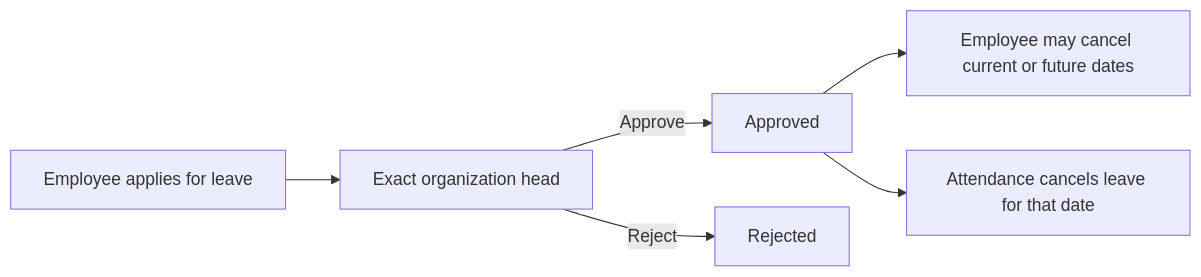
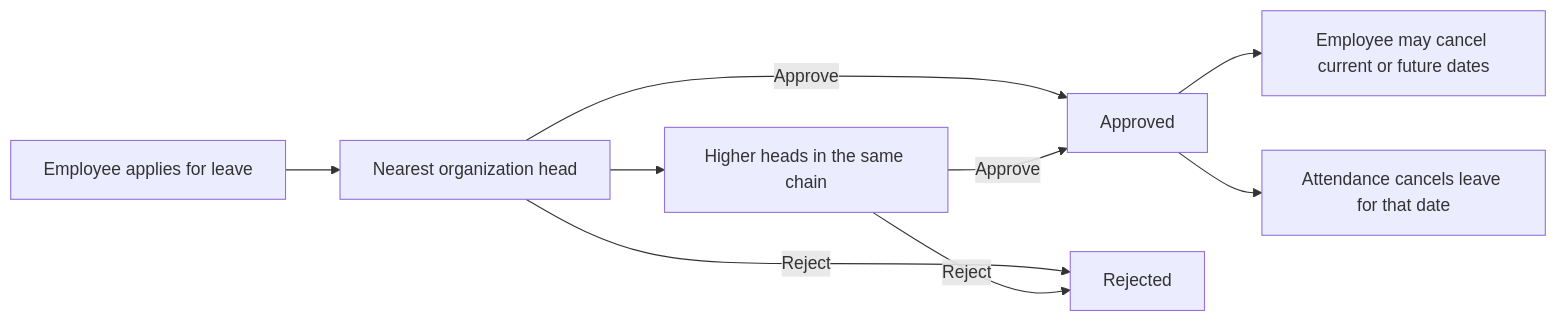
The second of 2 diagrams in docs/USER_GUIDE.md (Sameerreddy-ATD/Atd-Hrms), drawn with Mermaid before and after one commit. The commit also changed other lines of this file and 11 other files, not shown here.

First line of the commit message:
Allow chain-of-heads leave approval with clear balances and decision attribution.

````diff
--- a/docs/USER_GUIDE.md
+++ b/docs/USER_GUIDE.md
@@ -331,8 +333,11 @@
 ```mermaid
 flowchart LR
-  A["Employee applies for leave"] --> B["Exact organization head"]
+  A["Employee applies for leave"] --> B["Nearest organization head"]
+  B --> H["Higher heads in the same chain"]
   B -->|Approve| C["Approved"]
+  H -->|Approve| C
   B -->|Reject| R["Rejected"]
+  H -->|Reject| R
   C --> D["Employee may cancel current or future dates"]
   C --> E["Attendance cancels leave for that date"]
 ```
````
